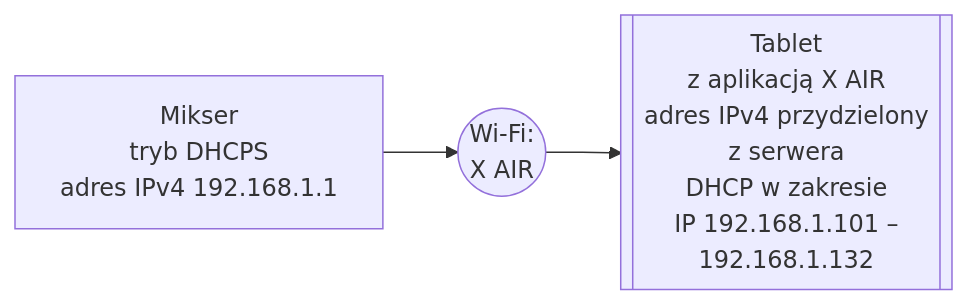
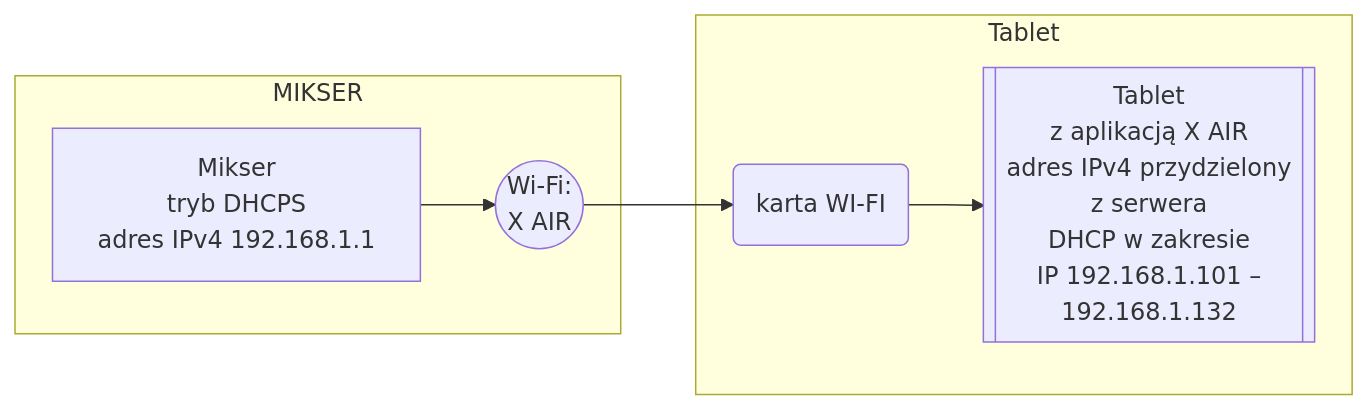
Before and after one commit to wklteam64/wklteam64.github.io: the first of 2 diagrams in _posts/2025-10-01-Mikser_i_bramka_artnet_sterowane_z_tabletu.md, drawn with Mermaid. The commit also changed other lines of this file and 1 other file, not shown here.

````diff
--- a/_posts/2025-10-01-Mikser_i_bramka_artnet_sterowane_z_tabletu.md
+++ b/_posts/2025-10-01-Mikser_i_bramka_artnet_sterowane_z_tabletu.md
@@ -24,20 +24,29 @@
 ```mermaid
 flowchart LR 
 
+subgraph MIKSER
 A[Mikser 
 tryb DHCPS
 adres IPv4 192.168.1.1]
+
+C((Wi-Fi: 
+X AIR))
+end
+
+subgraph Tablet
 B[[Tablet
 z aplikacją X AIR
 adres IPv4 przydzielony 
 z serwera 
 DHCP w zakresie 
 IP 192.168.1.101 – 
 192.168.1.132]]
-C((Wi-Fi: 
-X AIR))
+TW(karta WI-FI)
+end
+
 A-->C
-C-->B
+C-->TW
+TW-->B
 
 
 ```
````
